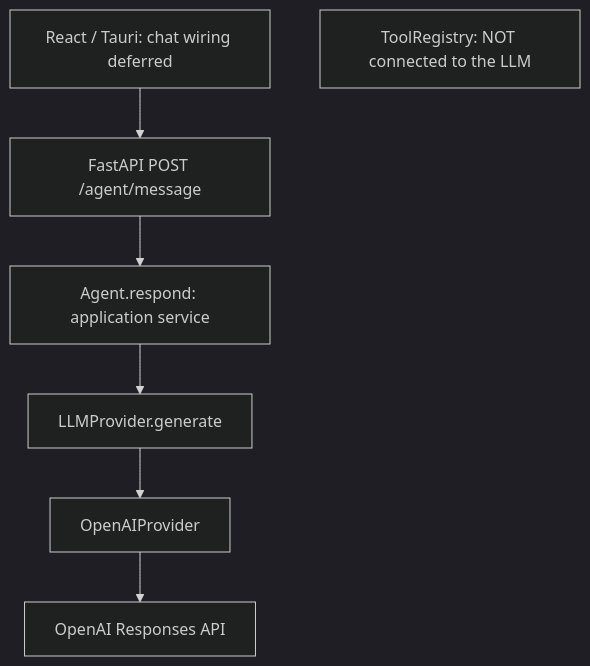
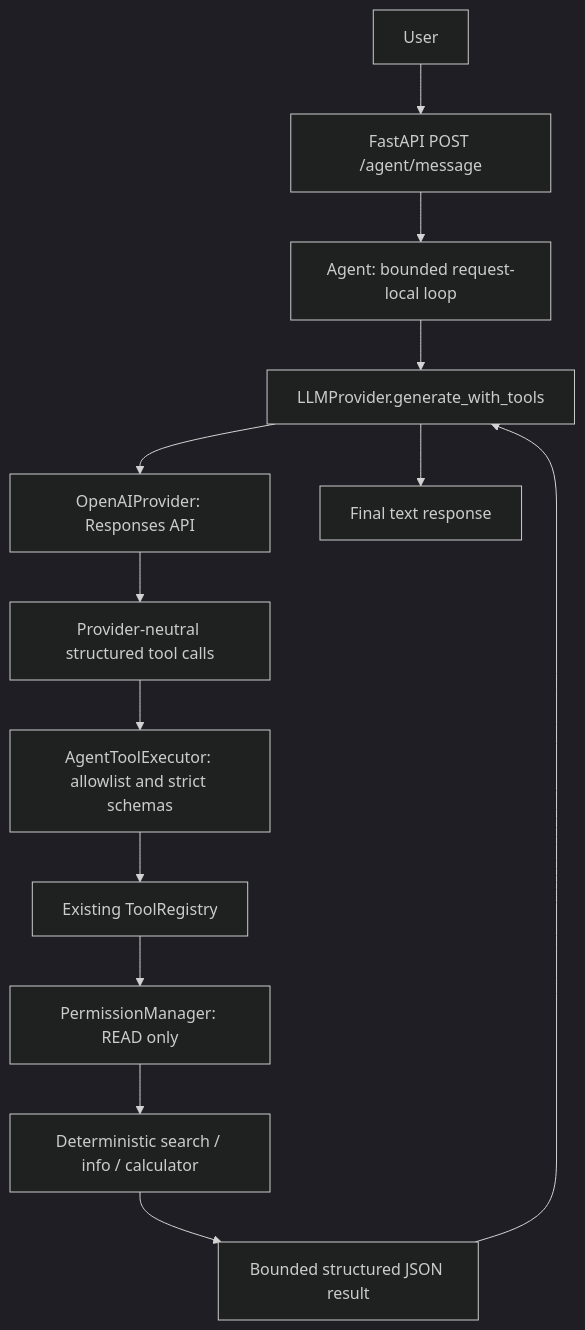
The third of 3 diagrams in docs/ARCHITECTURE.md (GKG01/assistant-app), drawn with Mermaid (dark theme) before and after one commit. The commit also changed other lines of this file and 15 other files, not shown here.

Commit message:
feat: add read-only agent tool calling

````diff
--- a/docs/ARCHITECTURE.md
+++ b/docs/ARCHITECTURE.md
@@ -36,9 +35,15 @@
 ```mermaid
 flowchart TD
-    UI[React / Tauri: chat wiring deferred] --> API[FastAPI POST /agent/message]
-    API --> Agent[Agent.respond: application service]
-    Agent --> Provider[LLMProvider.generate]
-    Provider --> OpenAI[OpenAIProvider]
-    OpenAI --> Remote[OpenAI Responses API]
-    Registry[ToolRegistry: NOT connected to the LLM]
+    User --> API[FastAPI POST /agent/message]
+    API --> Agent[Agent: bounded request-local loop]
+    Agent --> Provider[LLMProvider.generate_with_tools]
+    Provider --> OpenAI[OpenAIProvider: Responses API]
+    OpenAI --> Call[Provider-neutral structured tool calls]
+    Call --> Executor[AgentToolExecutor: allowlist and strict schemas]
+    Executor --> Registry[Existing ToolRegistry]
+    Registry --> Guard[PermissionManager: READ only]
+    Guard --> Tool[Deterministic search / info / calculator]
+    Tool --> Result[Bounded structured JSON result]
+    Result --> Provider
+    Provider --> Final[Final text response]
 ```
````
